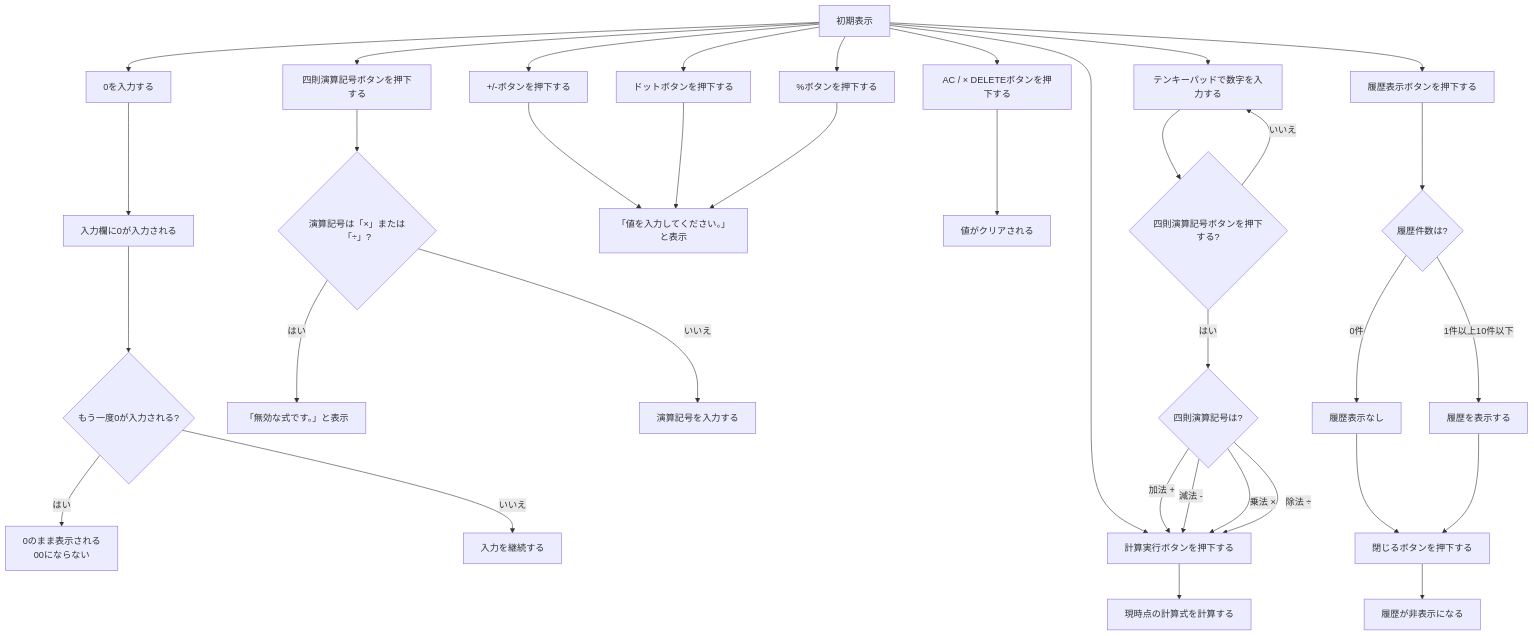
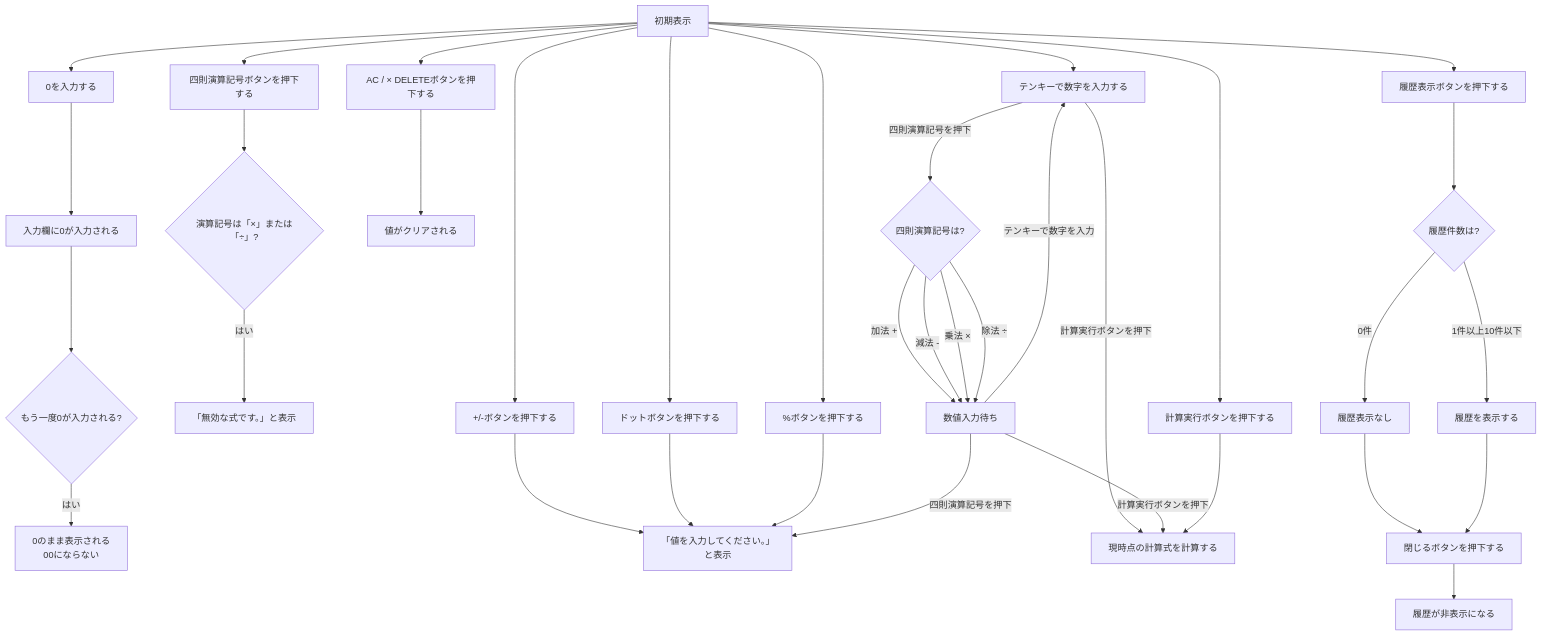
Before and after one commit to N3question/jsp-servlet-calculator: the diagram in 基本設計書.md, drawn with Mermaid.

````diff
--- a/基本設計書.md
+++ b/基本設計書.md
@@ -85,51 +85,63 @@
 ```mermaid
 flowchart TB
     A[初期表示]
 
+    %% 0入力
     A --> B[0を入力する]
     B --> C[入力欄に0が入力される]
     C --> D{もう一度0が入力される?}
     D -- はい --> E[0のまま表示される<br>00にならない]
-    D -- いいえ --> Z1[入力を継続する]
 
+    %% 初期状態での四則演算記号
     A --> F[四則演算記号ボタンを押下する]
     F --> G{演算記号は「×」または「÷」?}
     G -- はい --> H[「無効な式です。」と表示]
-    G -- いいえ --> Z2[演算記号を入力する]
 
+    %% 特殊ボタン
     A --> K[+/-ボタンを押下する]
     K --> L[「値を入力してください。」と表示]
 
     A --> M[ドットボタンを押下する]
     M --> L
 
     A --> N[%ボタンを押下する]
     N --> L
 
+    %% クリア
     A --> O[AC / × DELETEボタンを押下する]
     O --> P[値がクリアされる]
 
-    A --> I[計算実行ボタンを押下する]
-    I --> J[現時点の計算式を計算する]
+    %% テンキー入力
+    A --> Q[テンキーで数字を入力する]
 
-    A --> Q[テンキーパッドで数字を入力する]
-    Q --> R{四則演算記号ボタンを押下する?}
-    R -- はい --> Y{四則演算記号は?}
-    R -- いいえ --> Q
+    %% 数字入力後の操作
+    Q -->|四則演算記号を押下| R{四則演算記号は?}
+    Q -->|計算実行ボタンを押下| I[現時点の計算式を計算する]
 
-    Y -- 加法 + --> I
-    Y -- 減法 - --> I
-    Y -- 乗法 × --> I
-    Y -- 除法 ÷ --> I
+    %% 演算子選択
+    R -->|加法 +| S[数値入力待ち]
+    R -->|減法 -| S
+    R -->|乗法 ×| S
+    R -->|除法 ÷| S
 
-    A --> S[履歴表示ボタンを押下する]
-    S --> T{履歴件数は?}
+    %% 演算子入力後
+    S -->|テンキーで数字を入力| Q
+    S -->|四則演算記号を押下| L
+    S -->|計算実行ボタンを押下| I[現時点の計算式を計算する]
 
-    T -- 0件 --> U[履歴表示なし]
-    U --> V[閉じるボタンを押下する]
+    %% 初期表示から計算実行
+    A --> T[計算実行ボタンを押下する]
+    T --> I
 
-    T -- 1件以上10件以下 --> X[履歴を表示する]
-    X --> V
+    %% 履歴
+    A --> U[履歴表示ボタンを押下する]
+    U --> V{履歴件数は?}
 
-    V --> W[履歴が非表示になる]
+    V -- 0件 --> W[履歴表示なし]
+    W --> X[閉じるボタンを押下する]
+
+    V -- 1件以上10件以下 --> Y[履歴を表示する]
+    Y --> X
+
+    X --> Z[履歴が非表示になる]
 ```
````
